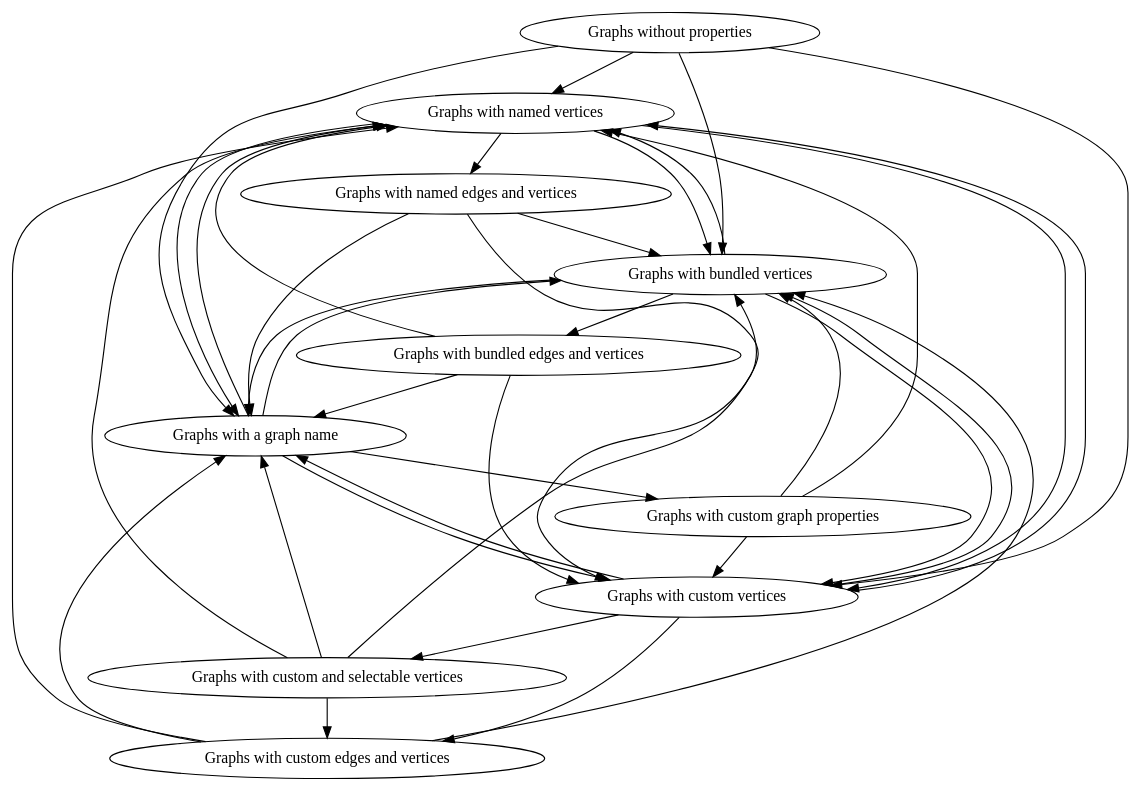
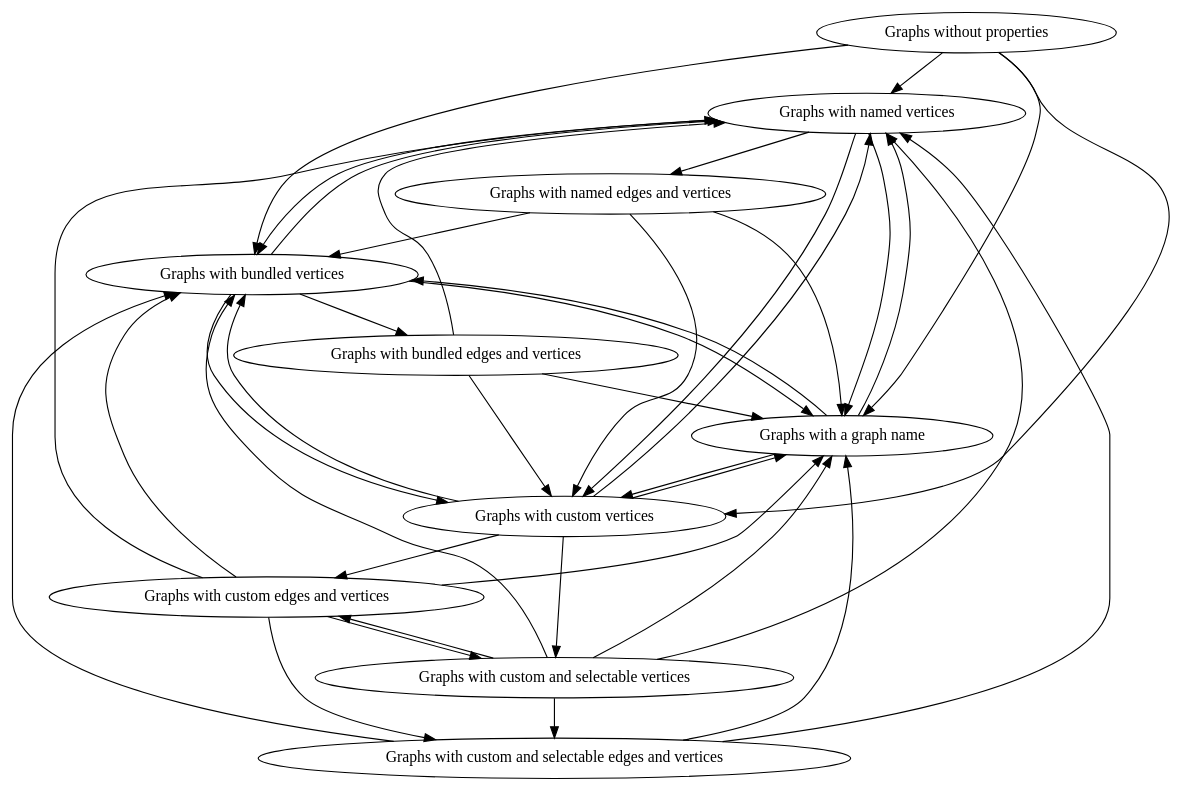
One commit to richelbilderbeek/boost_graph_cookbook_1 changed the diagram in BoostGraphTutorial/create_tutorial_chapters_graph.dot. Above: the diagram before and after it, drawn with Graphviz. The commit also changed 55 other files, not shown here.

```diff
--- a/BoostGraphTutorial/create_tutorial_chapters_graph.dot
+++ b/BoostGraphTutorial/create_tutorial_chapters_graph.dot
@@ -1,49 +1,51 @@
 digraph G {
 0[label="Graphs without properties"];
 1[label="Graphs with named vertices"];
 2[label="Graphs with named edges and vertices"];
 3[label="Graphs with bundled vertices"];
 4[label="Graphs with bundled edges and vertices"];
 5[label="Graphs with custom vertices"];
 6[label="Graphs with custom and selectable vertices"];
 7[label="Graphs with custom edges and vertices"];
-8[label="Graphs with a graph name"];
-9[label="Graphs with custom graph properties"];
+8[label="Graphs with custom and selectable edges and vertices"];
+9[label="Graphs with a graph name"];
 0->1 ;
 0->3 ;
 0->5 ;
-0->8 ;
+0->9 ;
 1->2 ;
 1->3 ;
 1->5 ;
-1->8 ;
+1->9 ;
 2->3 ;
 2->5 ;
-2->8 ;
+2->9 ;
 3->1 ;
 3->4 ;
 3->5 ;
-3->8 ;
+3->9 ;
 4->1 ;
 4->5 ;
-4->8 ;
+4->9 ;
 5->1 ;
 5->3 ;
 5->7 ;
 5->6 ;
-5->8 ;
+5->9 ;
 6->1 ;
 6->3 ;
 6->7 ;
 6->8 ;
+6->9 ;
 7->1 ;
 7->3 ;
+7->6 ;
 7->8 ;
+7->9 ;
 8->1 ;
 8->3 ;
-8->5 ;
 8->9 ;
 9->1 ;
 9->3 ;
 9->5 ;
 }
```
